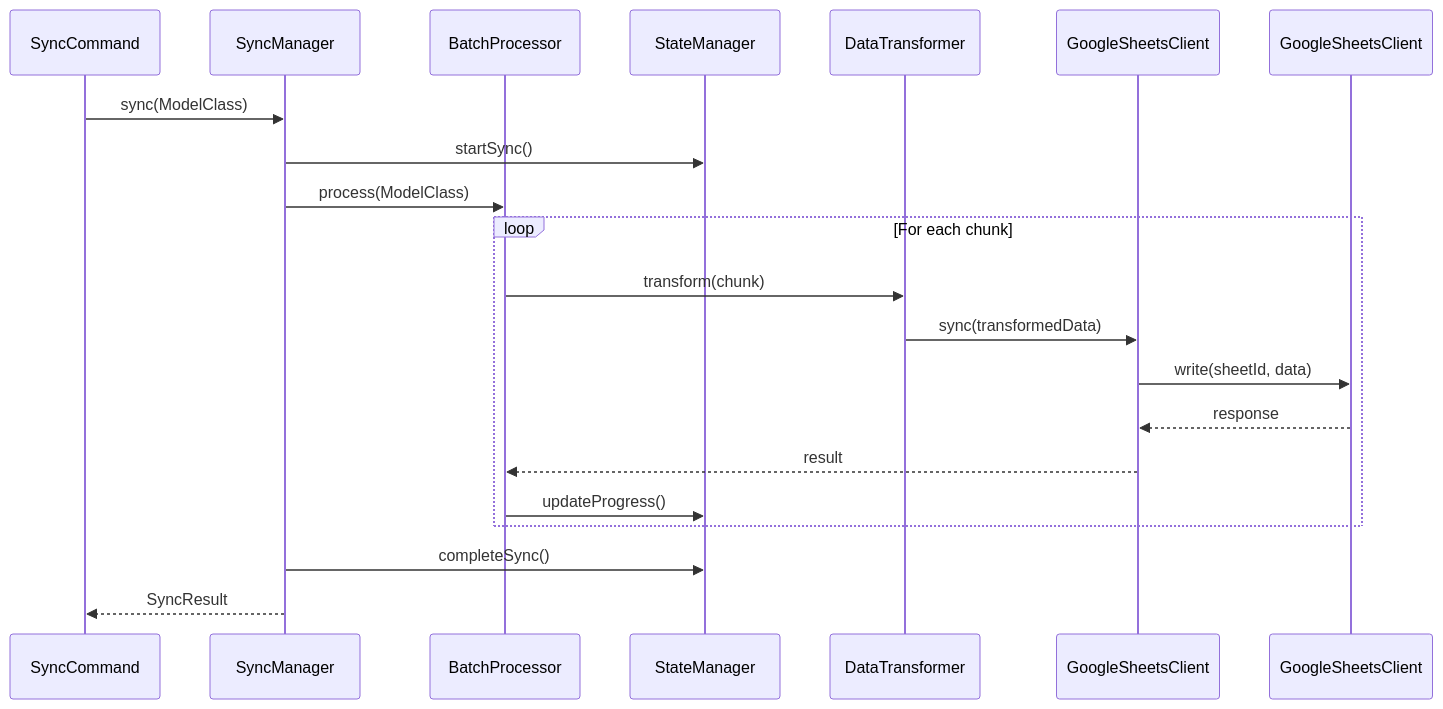
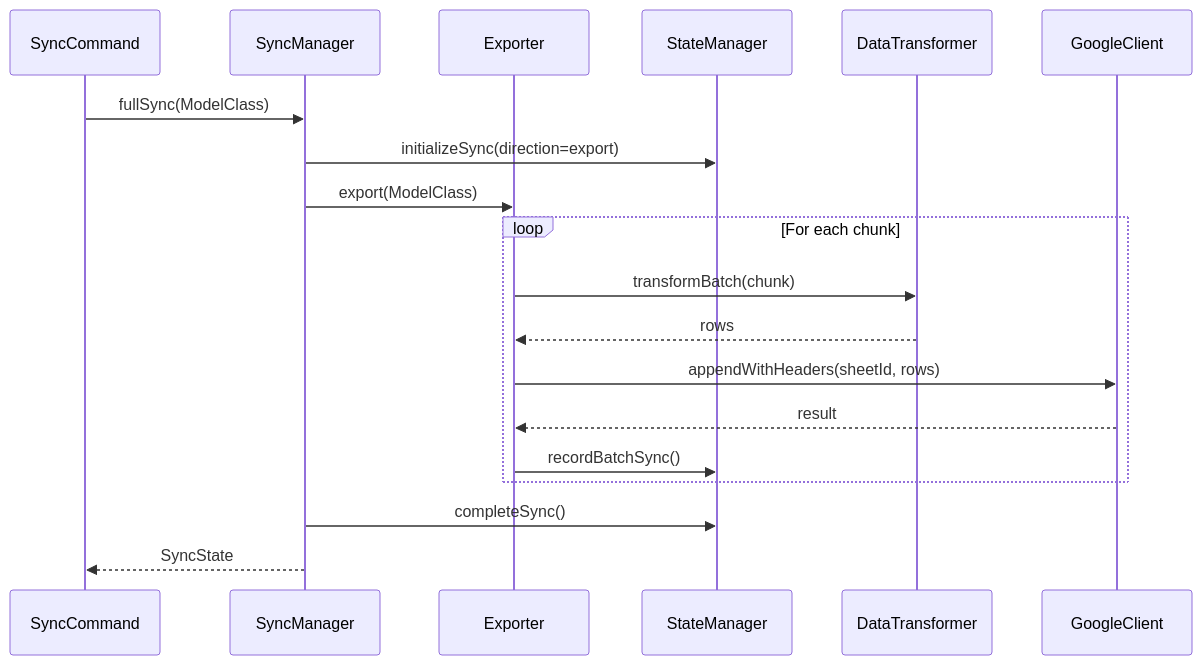
Before and after one commit to ultra-bugs/syncro-sheet: the second of 3 diagrams in docs/COMPONENTS_OVERVIEW.md, drawn with Mermaid. The commit also changed other lines of this file and 28 other files, not shown here.

First line of the commit message:
Add bidirectional sync Phase 1: Importer + Exporter

````diff
--- a/docs/COMPONENTS_OVERVIEW.md
+++ b/docs/COMPONENTS_OVERVIEW.md
@@ -168,26 +199,24 @@
 ```mermaid
 sequenceDiagram
     participant Command as SyncCommand
     participant Manager as SyncManager
-    participant Processor as BatchProcessor
+    participant Processor as Exporter
     participant State as StateManager
     participant Transformer as DataTransformer
-    participant Syncer as GoogleSheetsClient
-    participant Client as GoogleSheetsClient
+    participant Client as GoogleClient
 
-    Command->>Manager: sync(ModelClass)
-    Manager->>State: startSync()
-    Manager->>Processor: process(ModelClass)
+    Command->>Manager: fullSync(ModelClass)
+    Manager->>State: initializeSync(direction=export)
+    Manager->>Processor: export(ModelClass)
 
     loop For each chunk
-        Processor->>Transformer: transform(chunk)
-        Transformer->>Syncer: sync(transformedData)
-        Syncer->>Client: write(sheetId, data)
-        Client-->>Syncer: response
-        Syncer-->>Processor: result
-        Processor->>State: updateProgress()
+        Processor->>Transformer: transformBatch(chunk)
+        Transformer-->>Processor: rows
+        Processor->>Client: appendWithHeaders(sheetId, rows)
+        Client-->>Processor: result
+        Processor->>State: recordBatchSync()
     end
 
     Manager->>State: completeSync()
-    Manager-->>Command: SyncResult
+    Manager-->>Command: SyncState
 ```
````
